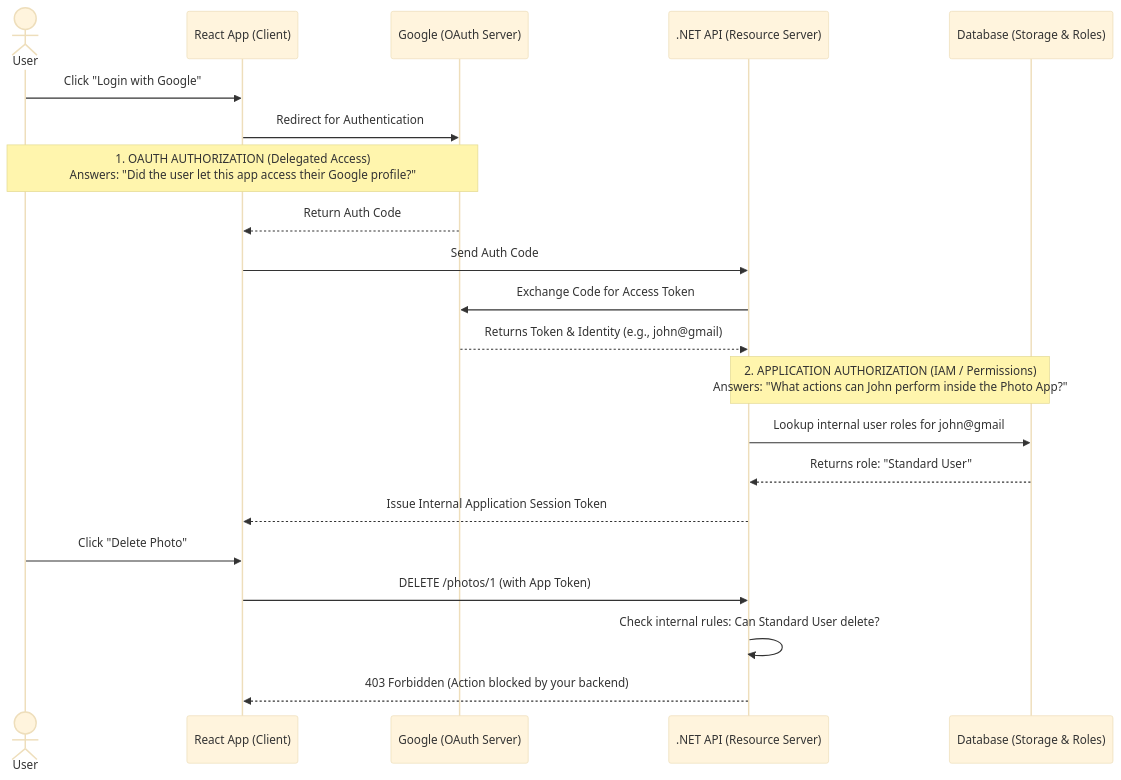
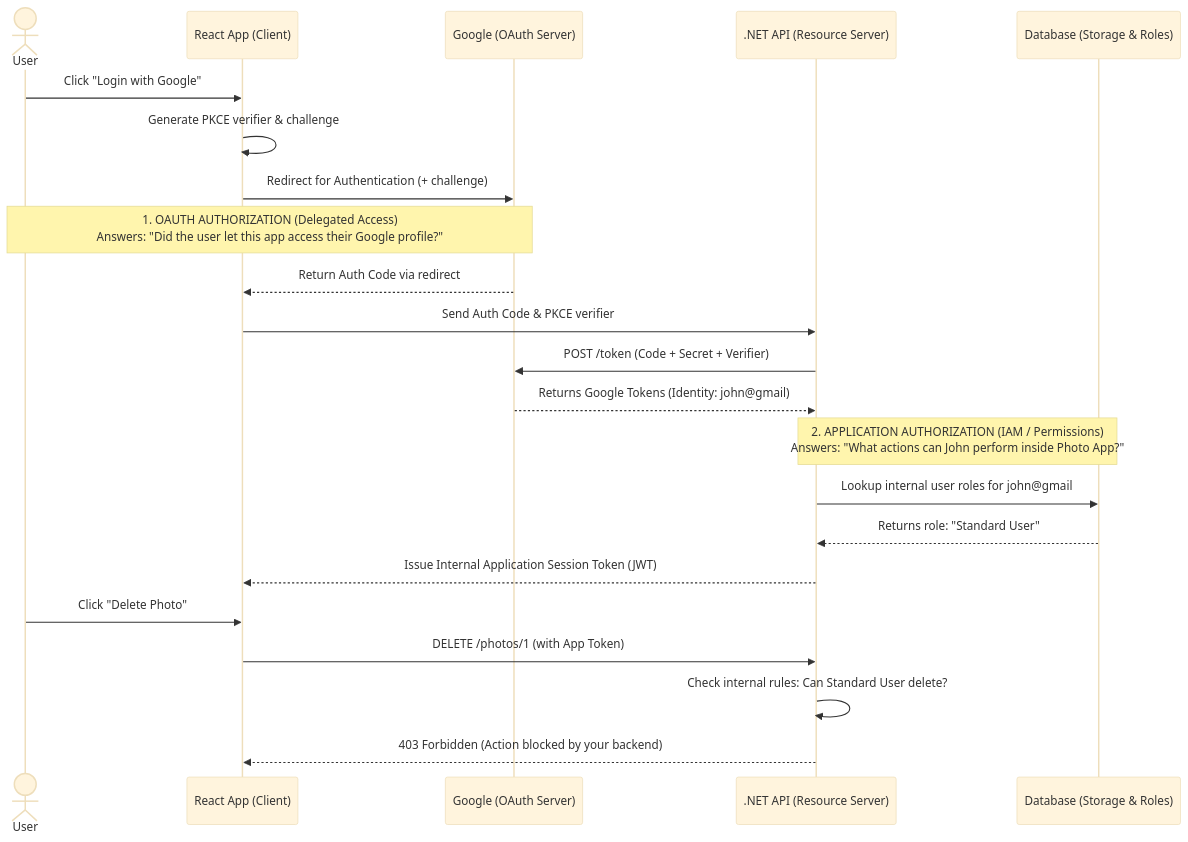
Before and after one commit to nirajp82/IdentityAccessManagement_IAM: the diagram in 02_AuthN_Federation/05_OAuth_Intro.md, drawn with Mermaid (base theme). The commit also changed other lines of this file, not shown here.

````diff
--- a/02_AuthN_Federation/05_OAuth_Intro.md
+++ b/02_AuthN_Federation/05_OAuth_Intro.md
@@ -77,28 +259,29 @@
 ```mermaid
 sequenceDiagram
     actor User
     participant React as React App (Client)
     participant Google as Google (OAuth Server)
     participant API as .NET API (Resource Server)
     participant DB as Database (Storage & Roles)
 
     User->>React: Click "Login with Google"
-    React->>Google: Redirect for Authentication
+    React->>React: Generate PKCE verifier & challenge
+    React->>Google: Redirect for Authentication (+ challenge)
     
     Note over User,Google: 1. OAUTH AUTHORIZATION (Delegated Access)<br/>Answers: "Did the user let this app access their Google profile?"
-    Google-->>React: Return Auth Code
-    React->>API: Send Auth Code
-    API->>Google: Exchange Code for Access Token
-    Google-->>API: Returns Token & Identity (e.g., john@gmail)
+    Google-->>React: Return Auth Code via redirect
+    React->>API: Send Auth Code & PKCE verifier
+    API->>Google: POST /token (Code + Secret + Verifier)
+    Google-->>API: Returns Google Tokens (Identity: john@gmail)
     
-    Note over API,DB: 2. APPLICATION AUTHORIZATION (IAM / Permissions)<br/>Answers: "What actions can John perform inside the Photo App?"
+    Note over API,DB: 2. APPLICATION AUTHORIZATION (IAM / Permissions)<br/>Answers: "What actions can John perform inside Photo App?"
     API->>DB: Lookup internal user roles for john@gmail
     DB-->>API: Returns role: "Standard User"
-    API-->>React: Issue Internal Application Session Token
+    API-->>React: Issue Internal Application Session Token (JWT)
     
     User->>React: Click "Delete Photo"
     React->>API: DELETE /photos/1 (with App Token)
     API->>API: Check internal rules: Can Standard User delete?
     API-->>React: 403 Forbidden (Action blocked by your backend)
 
 ```
````
